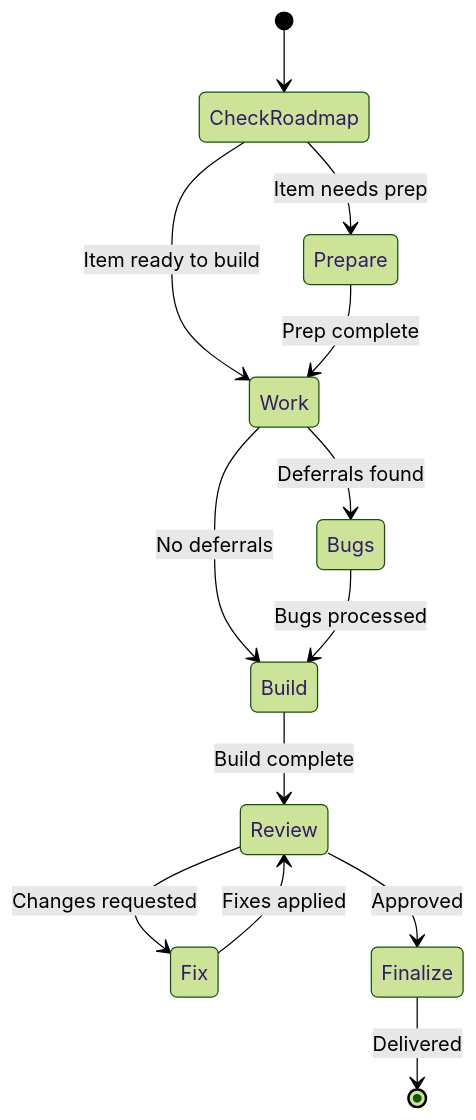
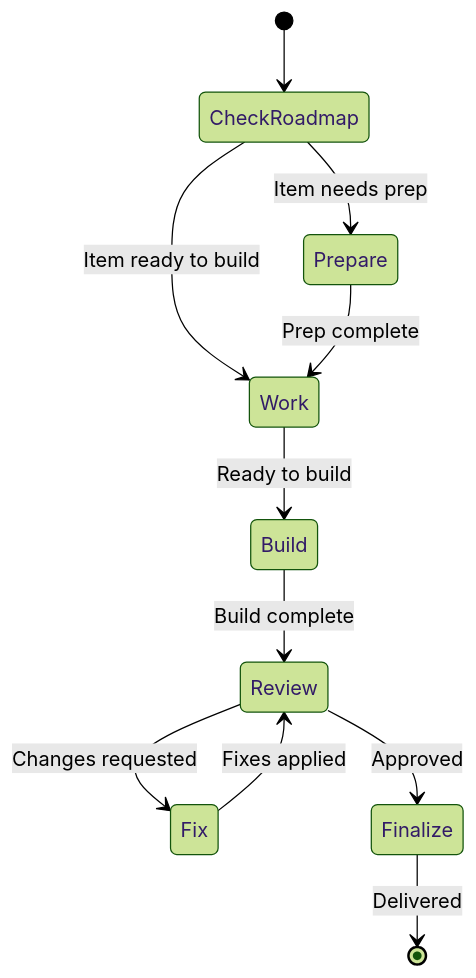
Before and after one commit to InstruktAI/TeleClaude: the first of 4 diagrams in docs/project/design/architecture/next-machine.md, drawn with Mermaid (forest theme). The commit also changed other lines of this file and 12 other files, not shown here.

````diff
--- a/docs/project/design/architecture/next-machine.md
+++ b/docs/project/design/architecture/next-machine.md
@@ -26,15 +26,13 @@
 ```mermaid
 stateDiagram-v2
     [*] --> CheckRoadmap
     CheckRoadmap --> Prepare: Item needs prep
     CheckRoadmap --> Work: Item ready to build
     Prepare --> Work: Prep complete
-    Work --> Bugs: Deferrals found
-    Work --> Build: No deferrals
-    Bugs --> Build: Bugs processed
+    Work --> Build: Ready to build
     Build --> Review: Build complete
     Review --> Fix: Changes requested
     Review --> Finalize: Approved
     Fix --> Review: Fixes applied
     Finalize --> [*]: Delivered
 ```
````
